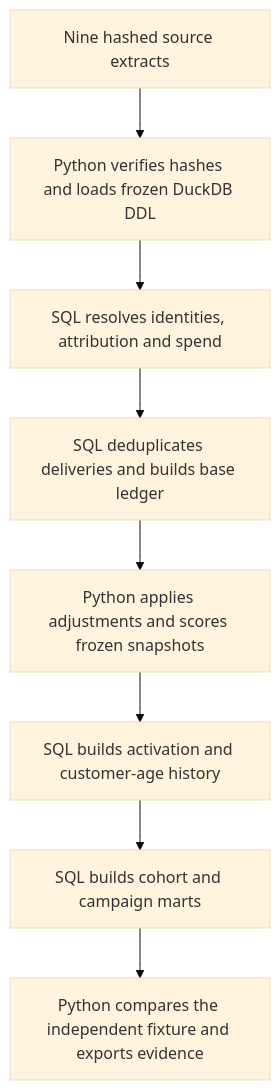
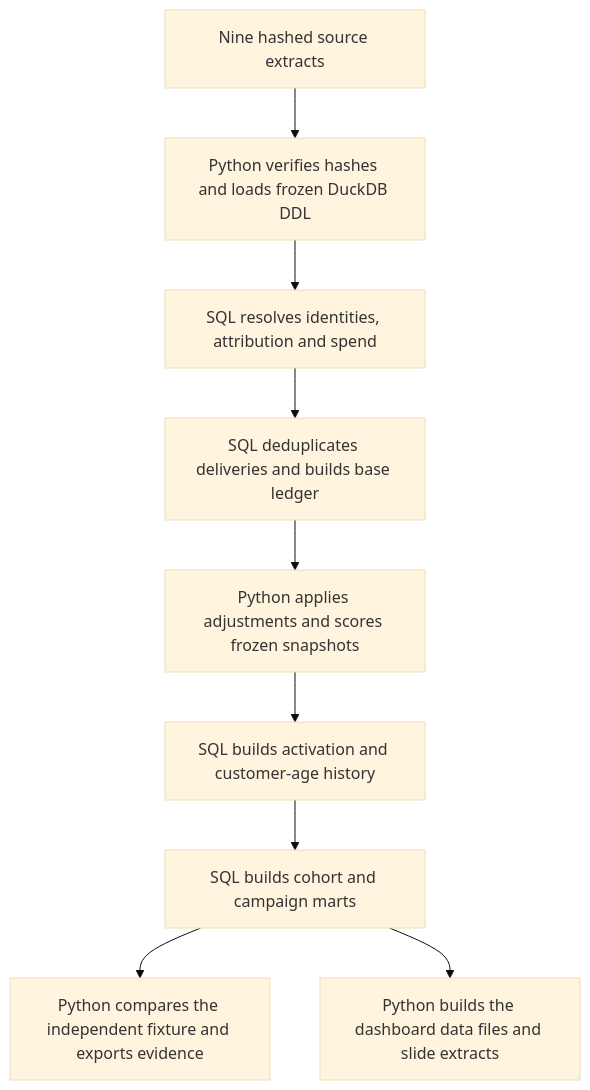
One commit to gabreyrom/customer-acquisition-bi changed the diagram in docs/03_pipeline_design.md. Above: the diagram before and after it, drawn with Mermaid (base theme). The commit also changed other lines of this file and 41 other files, not shown here.

````diff
--- a/docs/03_pipeline_design.md
+++ b/docs/03_pipeline_design.md
@@ -7,18 +7,20 @@
 ```mermaid
 flowchart TB
   S["Nine hashed source extracts"]
   I["Python verifies hashes and loads frozen DuckDB DDL"]
   A["SQL resolves identities, attribution and spend"]
   F["SQL deduplicates deliveries and builds base ledger"]
   P["Python applies adjustments and scores frozen snapshots"]
   H["SQL builds activation and customer-age history"]
   R["SQL builds cohort and campaign marts"]
   V["Python compares the independent fixture and exports evidence"]
+  B["Python builds the dashboard data files and slide extracts"]
   S --> I
   I --> A
   A --> F
   F --> P
   P --> H
   H --> R
   R --> V
+  R --> B
 ```
````
